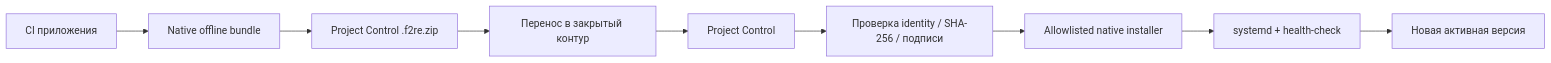
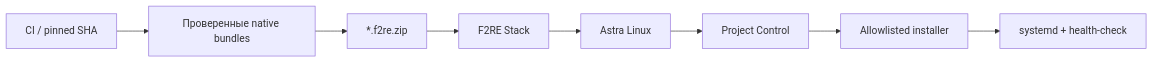
The diagram in README.md (f2re/meta), drawn with Mermaid before and after one commit. The commit also changed other lines of this file and 16 other files, not shown here.

````diff
--- a/README.md
+++ b/README.md
@@ -50,11 +67,10 @@
 ```mermaid
 flowchart LR
-    A[CI приложения] --> B[Native offline bundle]
-    B --> C[Project Control .f2re.zip]
-    C --> D[Перенос в закрытый контур]
-    D --> E[Project Control]
-    E --> F[Проверка identity / SHA-256 / подписи]
-    F --> G[Allowlisted native installer]
+    A[CI / pinned SHA] --> B[Проверенные native bundles]
+    B --> C[*.f2re.zip]
+    C --> D[F2RE Stack]
+    D --> E[Astra Linux]
+    E --> F[Project Control]
+    F --> G[Allowlisted installer]
     G --> H[systemd + health-check]
-    H --> I[Новая активная версия]
 ```
````
